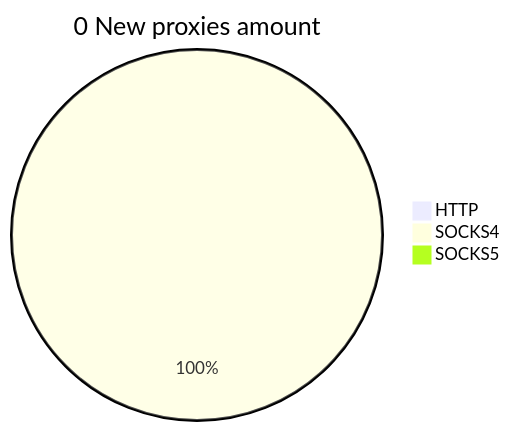
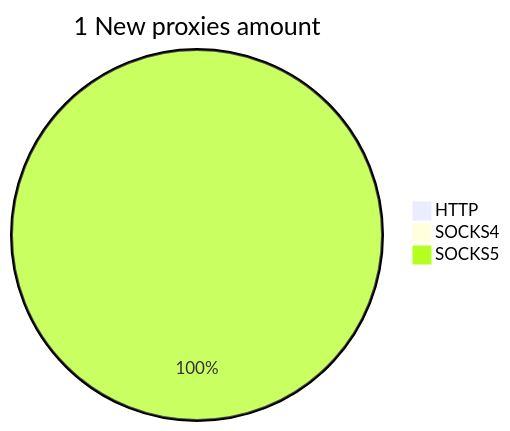
One commit to cutipu/proxylist changed the second of 2 diagrams in README.md. Above: the diagram before and after it, drawn with Mermaid. The commit also changed other lines of this file, not shown here.

````diff
--- a/README.md
+++ b/README.md
@@ -10,6 +10,6 @@
 ```mermaid
-pie title 0 New proxies amount
+pie title 1 New proxies amount
     "HTTP" : 0
-    "SOCKS4" : 1
-    "SOCKS5" : 0
+    "SOCKS4" : 0
+    "SOCKS5" : 3
 ```
````
